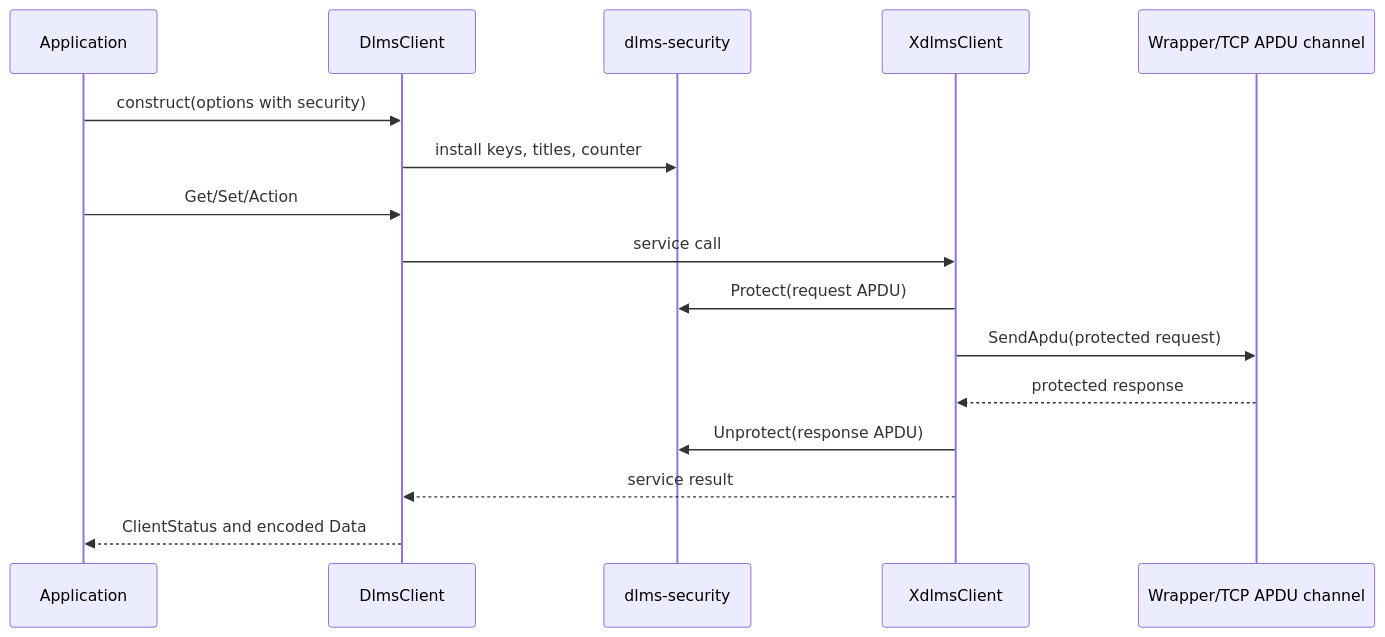
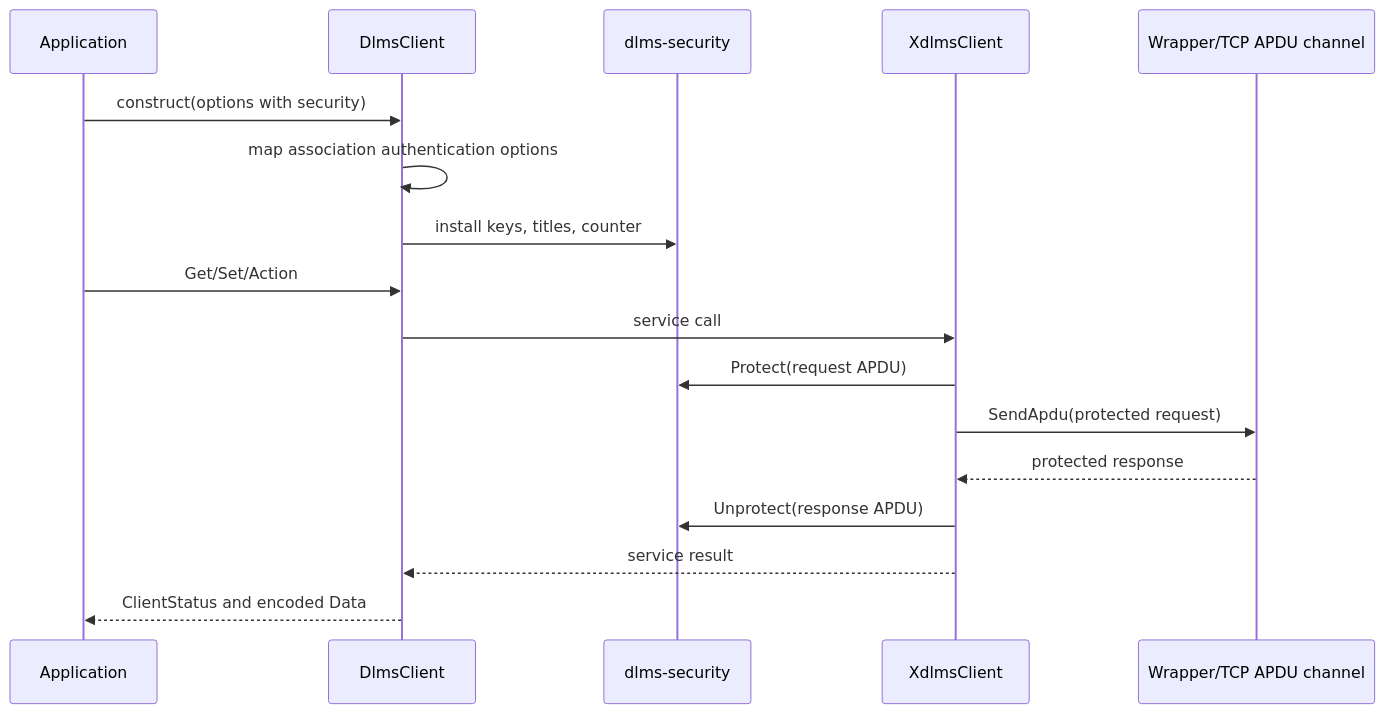
Before and after one commit to gvtret/dlms-client: the fifth of 6 diagrams in docs/02_client_architecture.md, drawn with Mermaid. The commit also changed other lines of this file and 5 other files, not shown here.

First line of the commit message:
docs(client): define LLS association options

````diff
--- a/docs/02_client_architecture.md
+++ b/docs/02_client_architecture.md
@@ -137,19 +138,20 @@
 ```mermaid
 sequenceDiagram
   participant App as Application
   participant Client as DlmsClient
   participant Security as dlms-security
   participant XDlms as XdlmsClient
   participant Channel as Wrapper/TCP APDU channel
 
   App->>Client: construct(options with security)
+  Client->>Client: map association authentication options
   Client->>Security: install keys, titles, counter
   App->>Client: Get/Set/Action
   Client->>XDlms: service call
   XDlms->>Security: Protect(request APDU)
   XDlms->>Channel: SendApdu(protected request)
   Channel-->>XDlms: protected response
   XDlms->>Security: Unprotect(response APDU)
   XDlms-->>Client: service result
   Client-->>App: ClientStatus and encoded Data
 ```
````
